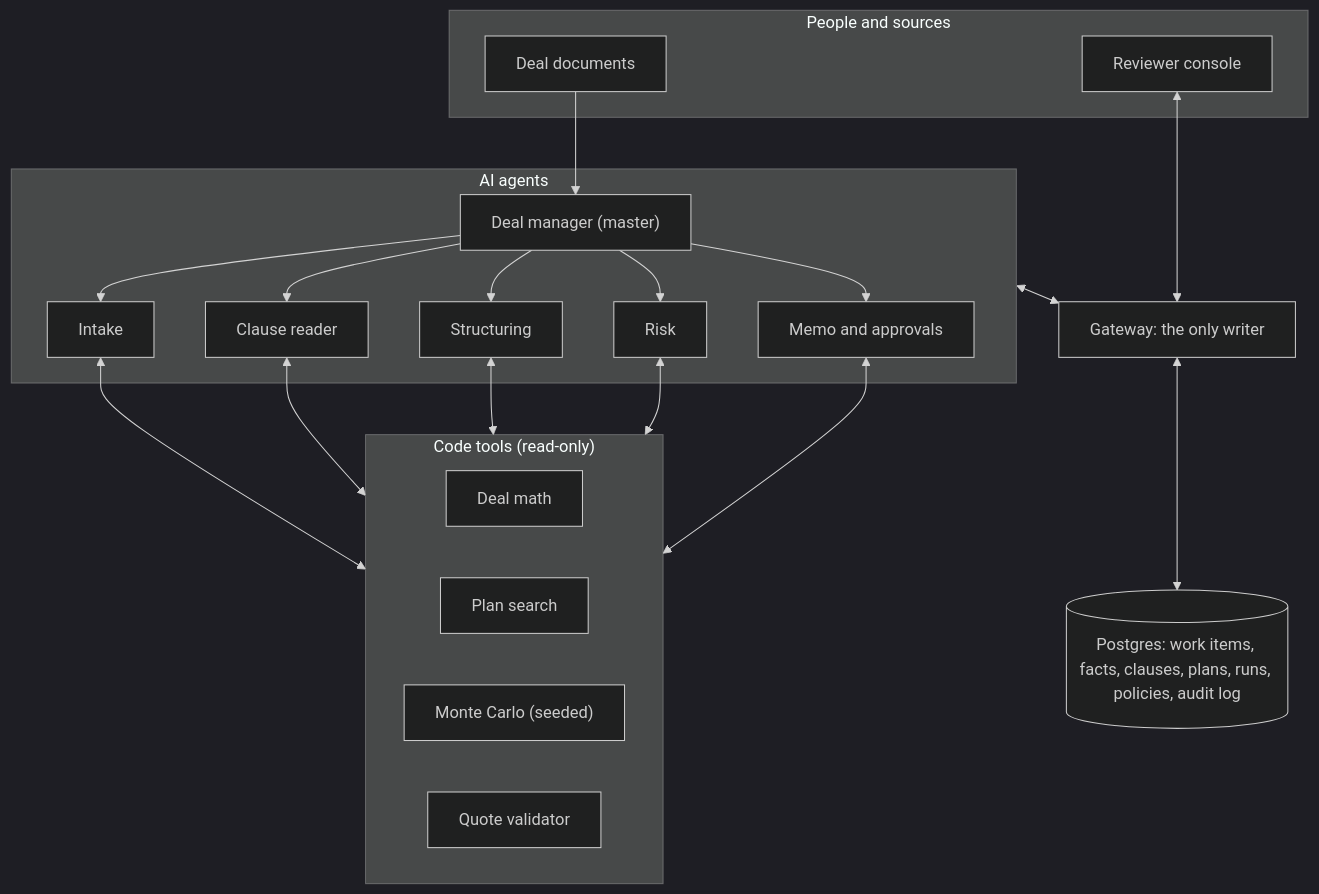
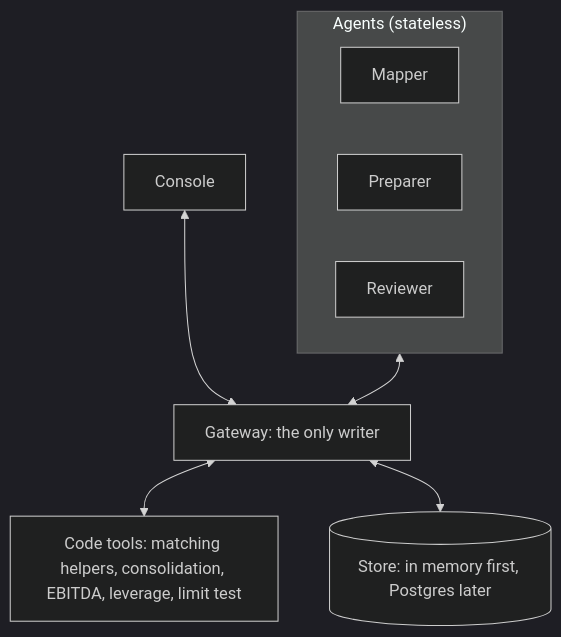
Before and after one commit to cayden-h/stochastic: the second of 2 diagrams in README.md, drawn with Mermaid (dark theme). The commit also changed other lines of this file and 88 other files, not shown here.

````diff
--- a/README.md
+++ b/README.md
@@ -39,30 +60,17 @@
 ```mermaid
 flowchart TB
-    subgraph PEOPLE["People and sources"]
-        DOC["Deal documents"]
-        REV["Reviewer console"]
+    CON["Console"]
+    GW["Gateway: the only writer"]
+    subgraph AG["Agents (stateless)"]
+        MA["Mapper"]
+        PR["Preparer"]
+        RE["Reviewer"]
     end
-    subgraph AGENTS["AI agents"]
-        DM["Deal manager (master)"]
-        IN["Intake"]
-        CL["Clause reader"]
-        ST["Structuring"]
-        RK["Risk"]
-        ME["Memo and approvals"]
-    end
-    subgraph TOOLS["Code tools (read-only)"]
-        MATH["Deal math"]
-        SRCH["Plan search"]
-        MC["Monte Carlo (seeded)"]
-        QV["Quote validator"]
-    end
-    GW["Gateway: the only writer"]
-    DB[("Postgres: work items, facts, clauses, plans, runs, policies, audit log")]
+    TL["Code tools: matching helpers, consolidation, EBITDA, leverage, limit test"]
+    ST[("Store: in memory first, Postgres later")]
 
-    DOC --> DM
-    DM --> IN & CL & ST & RK & ME
-    IN & CL & ST & RK & ME <--> TOOLS
-    AGENTS <--> GW
-    REV <--> GW
-    GW <--> DB
+    CON <--> GW
+    AG <--> GW
+    GW <--> TL
+    GW <--> ST
 ```
````
